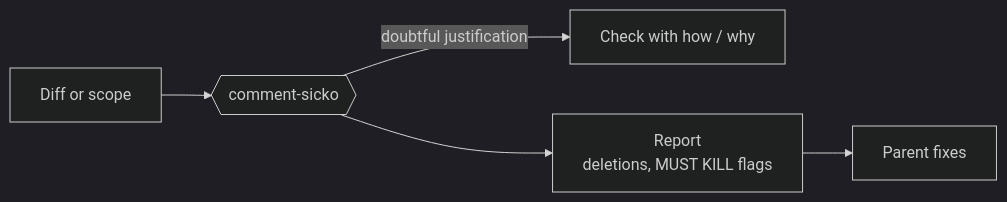
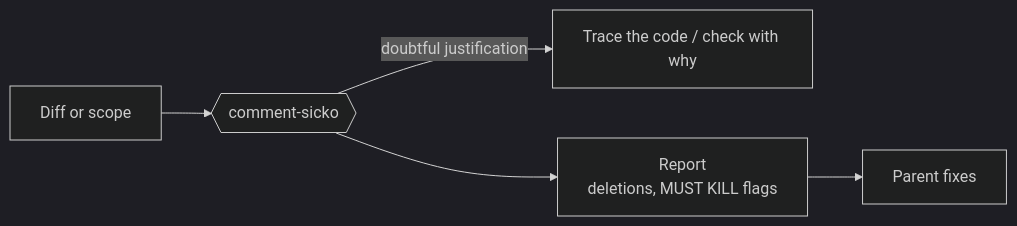
One commit to souljazzfunk/lab changed the tenth of 12 diagrams in pstack-cc/docs/skill-map.en.md. Above: the diagram before and after it, drawn with Mermaid (dark theme). The commit also changed other lines of this file and 116 other files, not shown here.

First line of the commit message:
pstack: 上流 bf0c7cd に追従し、新しい既定モデルと how/why の簡素化に合わせる (#83)

````diff
--- a/pstack-cc/docs/skill-map.en.md
+++ b/pstack-cc/docs/skill-map.en.md
@@ -191,7 +183,7 @@
 ```mermaid
 flowchart LR
   A[Diff or scope] --> B{{comment-sicko}}
-  B -->|doubtful justification| H[Check with how / why]
+  B -->|doubtful justification| H[Trace the code / check with why]
   B --> R["Report<br/>deletions, MUST KILL flags"]
   R --> F[Parent fixes]
 ```
````
